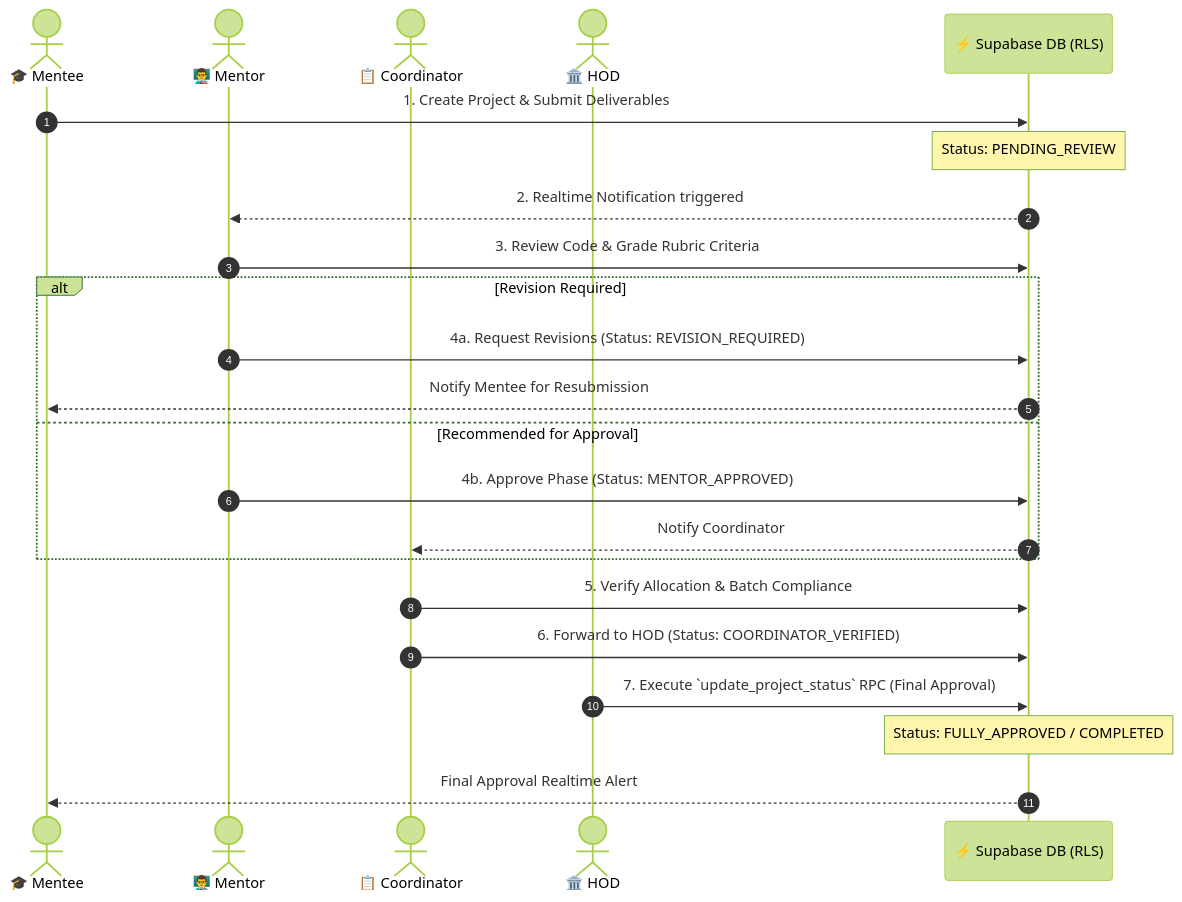
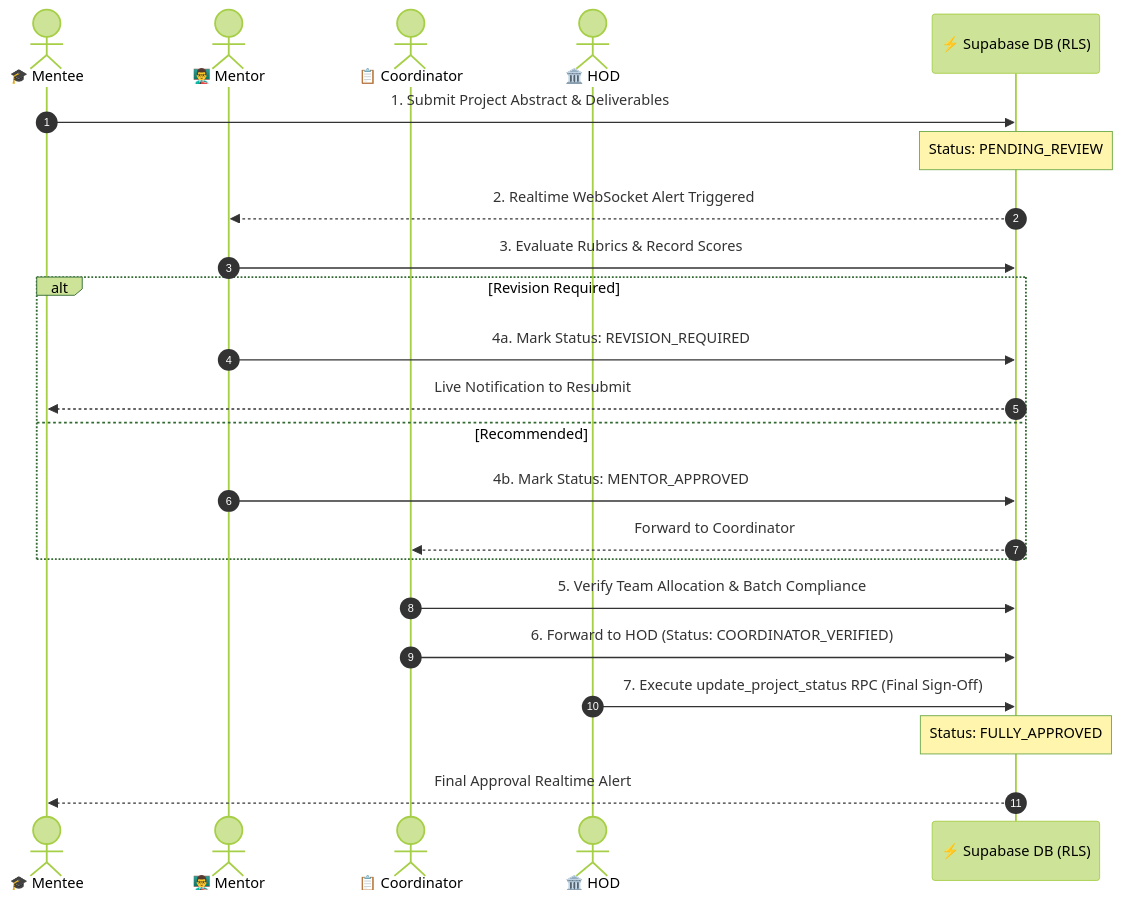
Before and after one commit to Durgesh729/Multi-Tier-Academic-Workflow-with-RBAC: the second of 2 diagrams in README.md, drawn with Mermaid (forest theme). The commit also changed other lines of this file, not shown here.

Commit message:
style: fix mermaid diagram syntax, add animated header banners, untangle structure, remove deployment guide

````diff
--- a/README.md
+++ b/README.md
@@ -134,26 +169,26 @@
 ```mermaid
 sequenceDiagram
     autonumber
     actor Mentee as 🎓 Mentee
     actor Mentor as 👨‍🏫 Mentor
     actor Coord as 📋 Coordinator
     actor HOD as 🏛️ HOD
     participant DB as ⚡ Supabase DB (RLS)
 
-    Mentee->>DB: 1. Create Project & Submit Deliverables
+    Mentee->>DB: 1. Submit Project Abstract & Deliverables
     Note over DB: Status: PENDING_REVIEW
-    DB-->>Mentor: 2. Realtime Notification triggered
-    Mentor->>DB: 3. Review Code & Grade Rubric Criteria
+    DB-->>Mentor: 2. Realtime WebSocket Alert Triggered
+    Mentor->>DB: 3. Evaluate Rubrics & Record Scores
     alt Revision Required
-        Mentor->>DB: 4a. Request Revisions (Status: REVISION_REQUIRED)
-        DB-->>Mentee: Notify Mentee for Resubmission
-    else Recommended for Approval
-        Mentor->>DB: 4b. Approve Phase (Status: MENTOR_APPROVED)
-        DB-->>Coord: Notify Coordinator
+        Mentor->>DB: 4a. Mark Status: REVISION_REQUIRED
+        DB-->>Mentee: Live Notification to Resubmit
+    else Recommended
+        Mentor->>DB: 4b. Mark Status: MENTOR_APPROVED
+        DB-->>Coord: Forward to Coordinator
     end
-    Coord->>DB: 5. Verify Allocation & Batch Compliance
+    Coord->>DB: 5. Verify Team Allocation & Batch Compliance
     Coord->>DB: 6. Forward to HOD (Status: COORDINATOR_VERIFIED)
-    HOD->>DB: 7. Execute `update_project_status` RPC (Final Approval)
-    Note over DB: Status: FULLY_APPROVED / COMPLETED
+    HOD->>DB: 7. Execute update_project_status RPC (Final Sign-Off)
+    Note over DB: Status: FULLY_APPROVED
     DB-->>Mentee: Final Approval Realtime Alert
 ```
````
